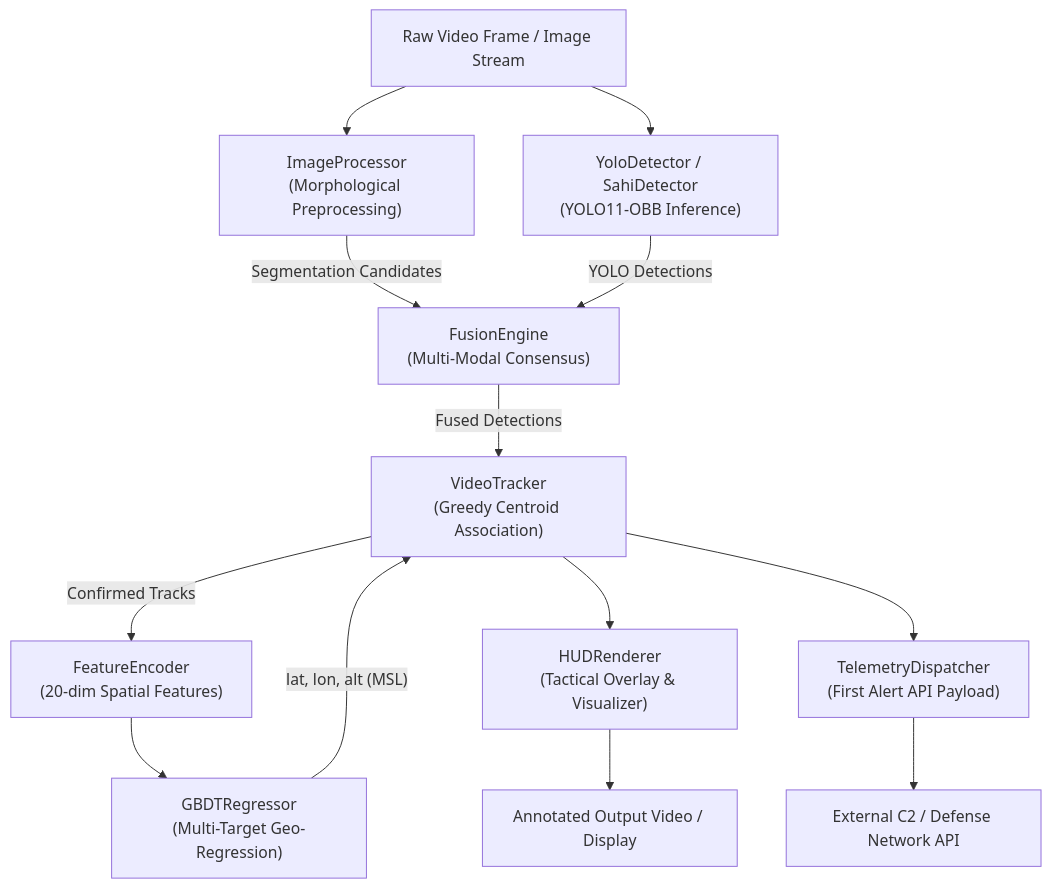
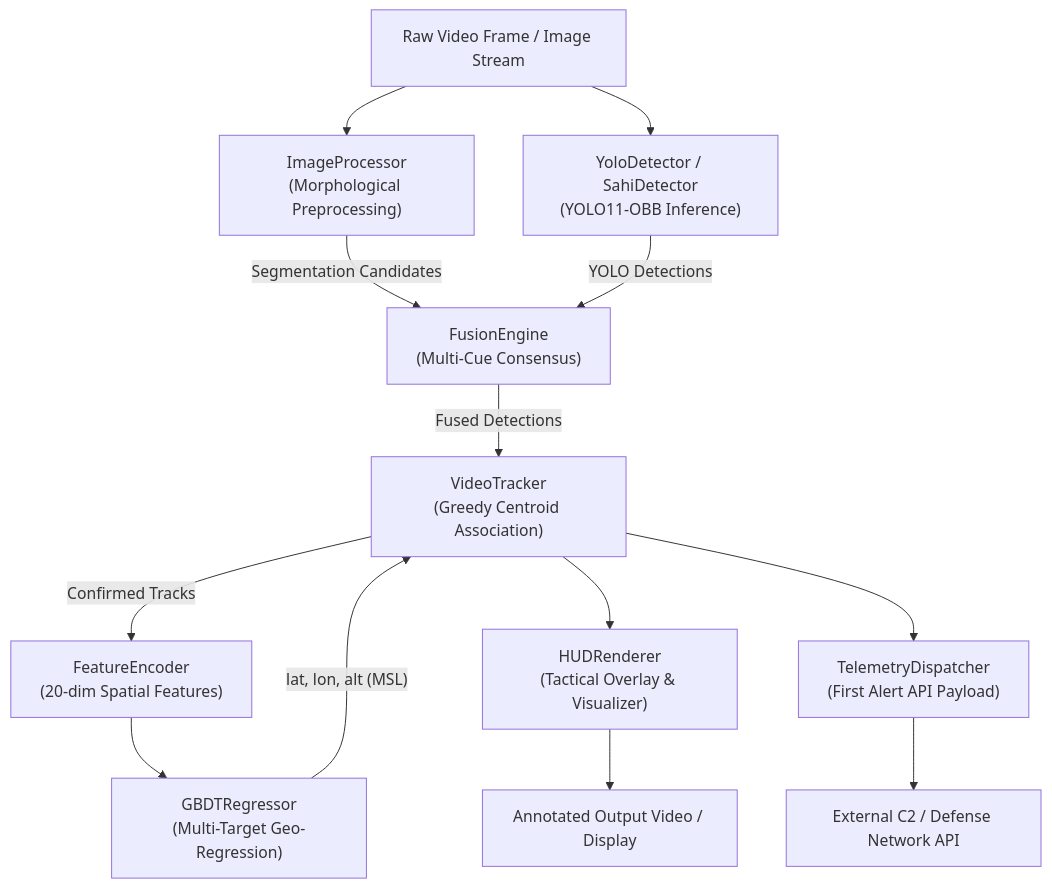
The first of 2 diagrams in docs/architecture.md (PS-Open-Fruit/AI-Drone-Detection), drawn with Mermaid before and after one commit. The commit also changed other lines of this file and 7 other files, not shown here.

````diff
--- a/docs/architecture.md
+++ b/docs/architecture.md
@@ -9,20 +9,20 @@
 ```mermaid
 flowchart TD
     A["Raw Video Frame / Image Stream"] --> B["ImageProcessor\n(Morphological Preprocessing)"]
     A --> C["YoloDetector / SahiDetector\n(YOLO11-OBB Inference)"]
     
-    B -->|"Segmentation Candidates"| D["FusionEngine\n(Multi-Modal Consensus)"]
+    B -->|"Segmentation Candidates"| D["FusionEngine\n(Multi-Cue Consensus)"]
     C -->|"YOLO Detections"| D
     
     D -->|"Fused Detections"| E["VideoTracker\n(Greedy Centroid Association)"]
     E -->|"Confirmed Tracks"| F["FeatureEncoder\n(20-dim Spatial Features)"]
     
     F --> G["GBDTRegressor\n(Multi-Target Geo-Regression)"]
     G -->|"lat, lon, alt (MSL)"| E
     
     E --> H["HUDRenderer\n(Tactical Overlay & Visualizer)"]
     E --> I["TelemetryDispatcher\n(First Alert API Payload)"]
     
     H --> J["Annotated Output Video / Display"]
     I --> K["External C2 / Defense Network API"]
 ```
````
